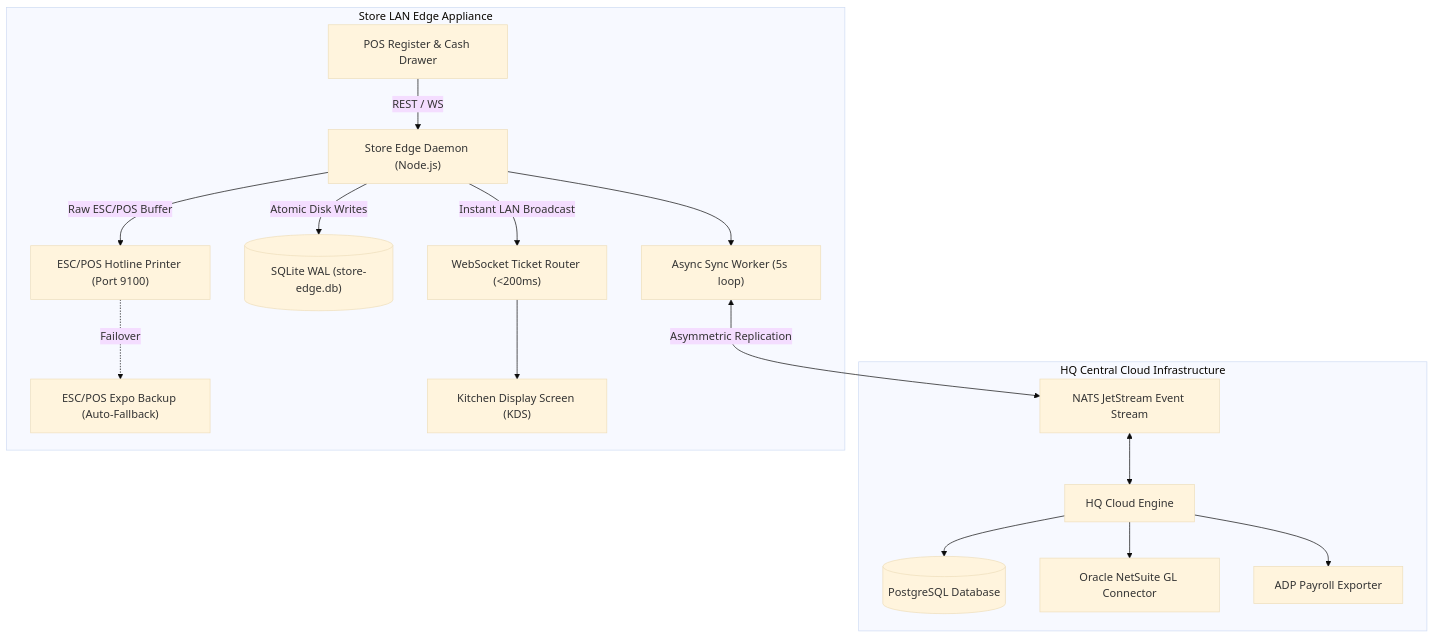
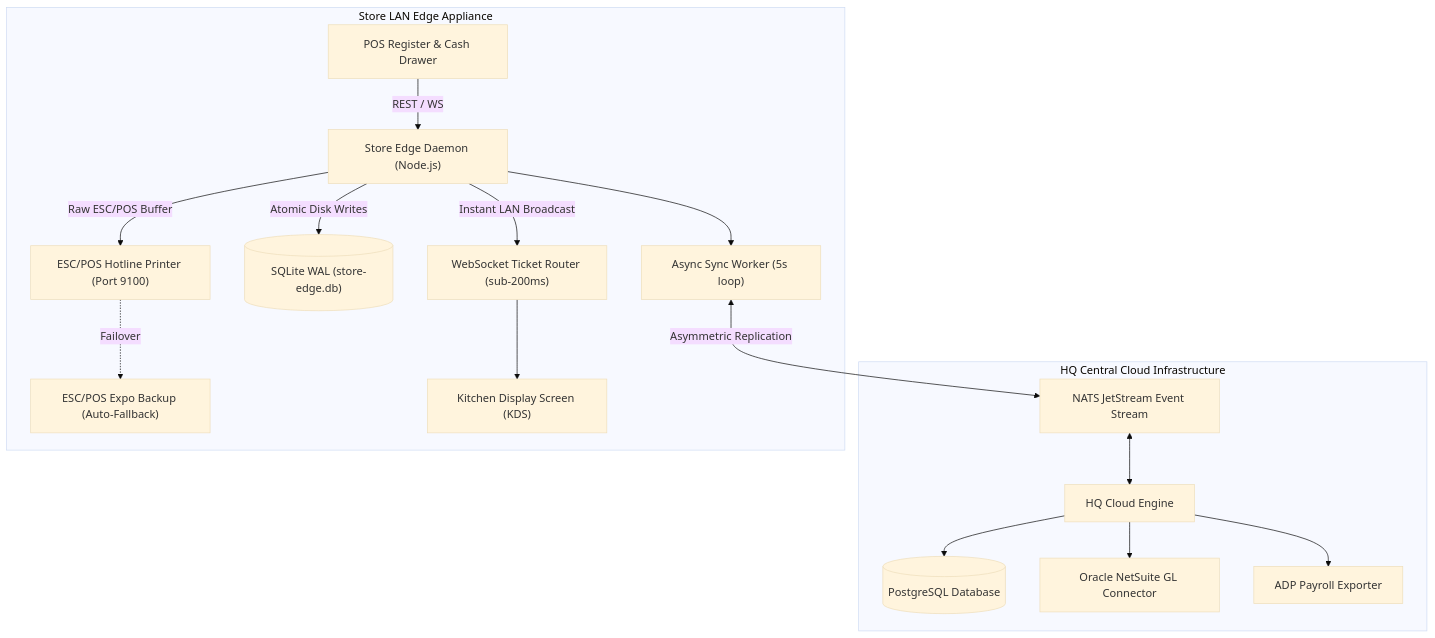
The diagram in ARCHITECTURE.md (Alokkr00/Restaurant-Management-system), drawn with Mermaid (base theme) before and after one commit. The commit also changed 1 other file, not shown here.

Commit message:
fix(docs): resolve Mermaid syntax error on GitHub by quoting labels and escaping arrows

````diff
--- a/ARCHITECTURE.md
+++ b/ARCHITECTURE.md
@@ -9,32 +9,34 @@
 ```mermaid
 flowchart TD
     subgraph Cloud["HQ Central Cloud Infrastructure"]
         HQ_API["HQ Cloud Engine"]
         HQ_DB[("PostgreSQL Database")]
         NATS["NATS JetStream Event Stream"]
         NS_INT["Oracle NetSuite GL Connector"]
         ADP_INT["ADP Payroll Exporter"]
     end
 
     subgraph Store104["Store LAN Edge Appliance"]
         EDGE_DAEMON["Store Edge Daemon (Node.js)"]
         SYNC_WORKER["Async Sync Worker (5s loop)"]
         SQLITE_WAL[("SQLite WAL (store-edge.db)")]
-        WS_LAN["WebSocket Ticket Router (<200ms)"]
+        WS_LAN["WebSocket Ticket Router (sub-200ms)"]
         ESC_PRINT["ESC/POS Hotline Printer (Port 9100)"]
         ESC_EXPO["ESC/POS Expo Backup (Auto-Fallback)"]
         POS_TERM["POS Register & Cash Drawer"]
         KDS_SCREEN["Kitchen Display Screen (KDS)"]
     end
 
-    POS_TERM -->|REST / WS| EDGE_DAEMON
-    EDGE_DAEMON -->|Atomic Disk Writes| SQLITE_WAL
-    EDGE_DAEMON -->|Instant LAN Broadcast| WS_LAN --> KDS_SCREEN
-    EDGE_DAEMON -->|Raw ESC/POS Buffer| ESC_PRINT
-    ESC_PRINT -.->|Failover| ESC_EXPO
+    POS_TERM -->|"REST / WS"| EDGE_DAEMON
+    EDGE_DAEMON -->|"Atomic Disk Writes"| SQLITE_WAL
+    EDGE_DAEMON -->|"Instant LAN Broadcast"| WS_LAN
+    WS_LAN --> KDS_SCREEN
+    EDGE_DAEMON -->|"Raw ESC/POS Buffer"| ESC_PRINT
+    ESC_PRINT -.->|"Failover"| ESC_EXPO
     EDGE_DAEMON --> SYNC_WORKER
-    SYNC_WORKER <-->|Asymmetric Replication| NATS <--> HQ_API
+    SYNC_WORKER <-->|"Asymmetric Replication"| NATS
+    NATS <--> HQ_API
     HQ_API --> HQ_DB
     HQ_API --> NS_INT
     HQ_API --> ADP_INT
 ```
````
